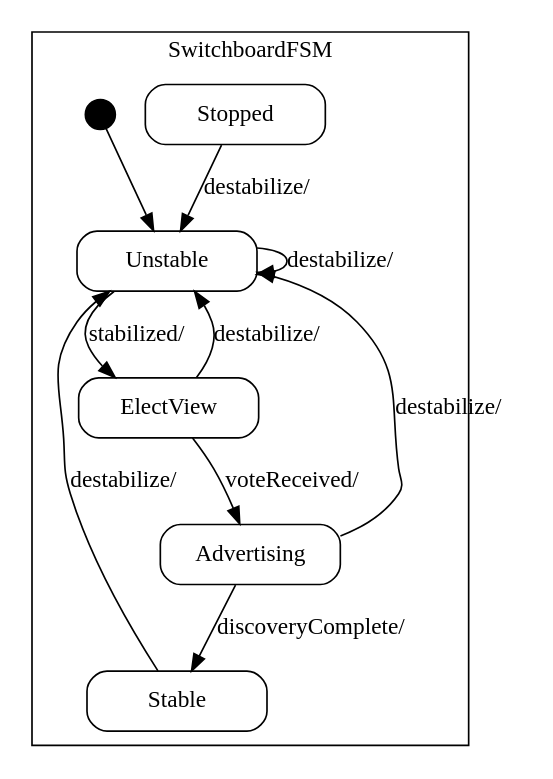
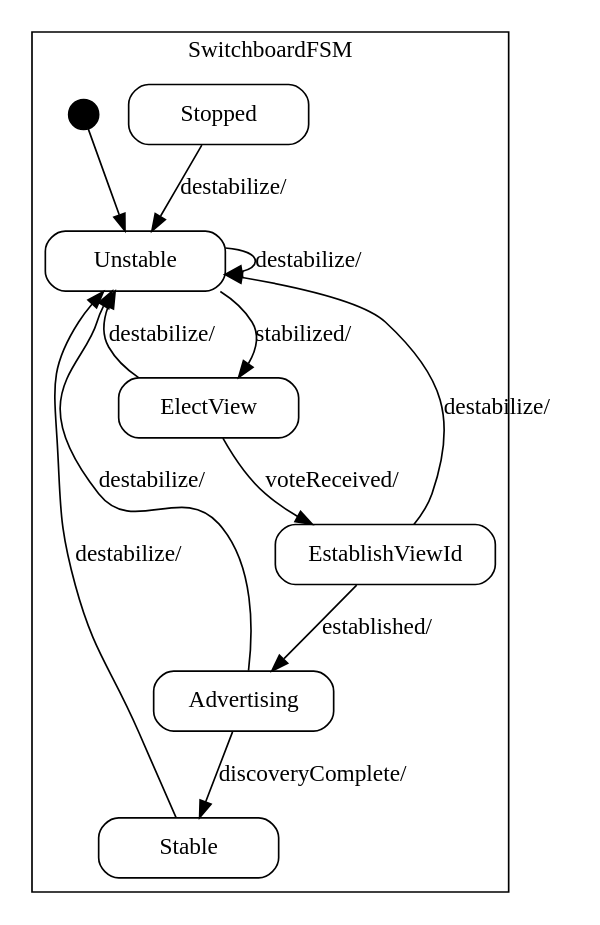
One commit to vmehra-sfdc/Ouroboros changed the diagram in common/doc/Switchboard_sm.dot. Above: the diagram before and after it, drawn with Graphviz. The commit also changed 12 other files, not shown here.

```diff
--- a/common/doc/Switchboard_sm.dot
+++ b/common/doc/Switchboard_sm.dot
@@ -1,63 +1,72 @@
 digraph Switchboard {
 
     node
         [shape=Mrecord width=1.5];
 
     subgraph cluster_SwitchboardFSM {
 
         label="SwitchboardFSM";
 
         //
         // States (Nodes)
         //
 
         "SwitchboardFSM::Unstable"
             [label="{Unstable}"];
 
         "SwitchboardFSM::Stable"
             [label="{Stable}"];
 
         "SwitchboardFSM::ElectView"
             [label="{ElectView}"];
+
+        "SwitchboardFSM::EstablishViewId"
+            [label="{EstablishViewId}"];
 
         "SwitchboardFSM::Advertising"
             [label="{Advertising}"];
 
         "SwitchboardFSM::Stopped"
             [label="{Stopped}"];
 
         "%start"
             [label="" shape=circle style=filled fillcolor=black width=0.25];
 
         //
         // Transitions (Edges)
         //
 
         "SwitchboardFSM::Unstable" -> "SwitchboardFSM::ElectView"
             [label="stabilized/\l"];
 
         "SwitchboardFSM::Unstable" -> "SwitchboardFSM::Unstable"
             [label="destabilize/\l"];
 
         "SwitchboardFSM::Stable" -> "SwitchboardFSM::Unstable"
             [label="destabilize/\l"];
 
-        "SwitchboardFSM::ElectView" -> "SwitchboardFSM::Advertising"
+        "SwitchboardFSM::ElectView" -> "SwitchboardFSM::EstablishViewId"
             [label="voteReceived/\l"];
 
         "SwitchboardFSM::ElectView" -> "SwitchboardFSM::Unstable"
+            [label="destabilize/\l"];
+
+        "SwitchboardFSM::EstablishViewId" -> "SwitchboardFSM::Advertising"
+            [label="established/\l"];
+
+        "SwitchboardFSM::EstablishViewId" -> "SwitchboardFSM::Unstable"
             [label="destabilize/\l"];
 
         "SwitchboardFSM::Advertising" -> "SwitchboardFSM::Stable"
             [label="discoveryComplete/\l"];
 
         "SwitchboardFSM::Advertising" -> "SwitchboardFSM::Unstable"
             [label="destabilize/\l"];
 
         "SwitchboardFSM::Stopped" -> "SwitchboardFSM::Unstable"
             [label="destabilize/\l"];
 
         "%start" -> "SwitchboardFSM::Unstable"
     }
 
 }
```
